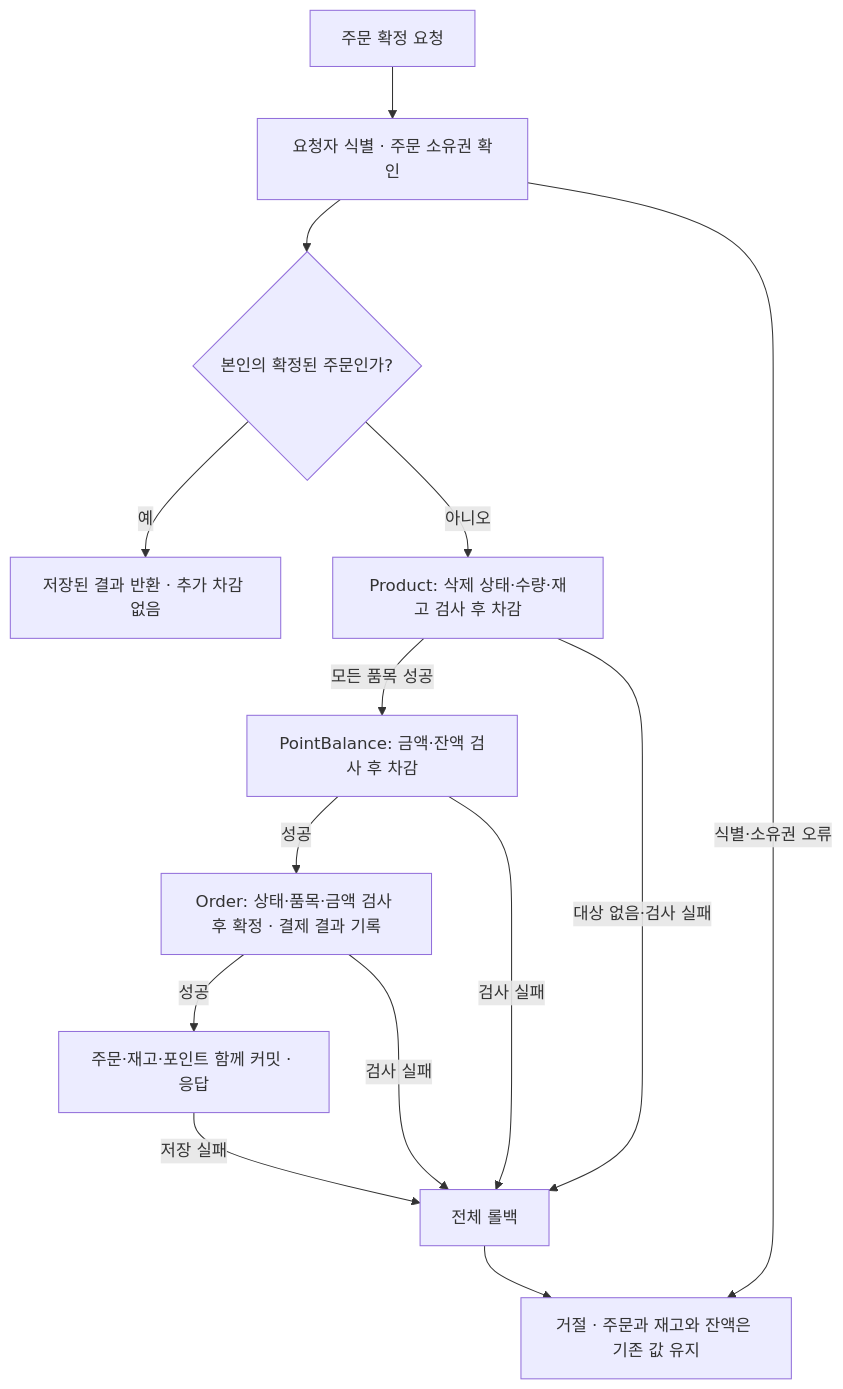
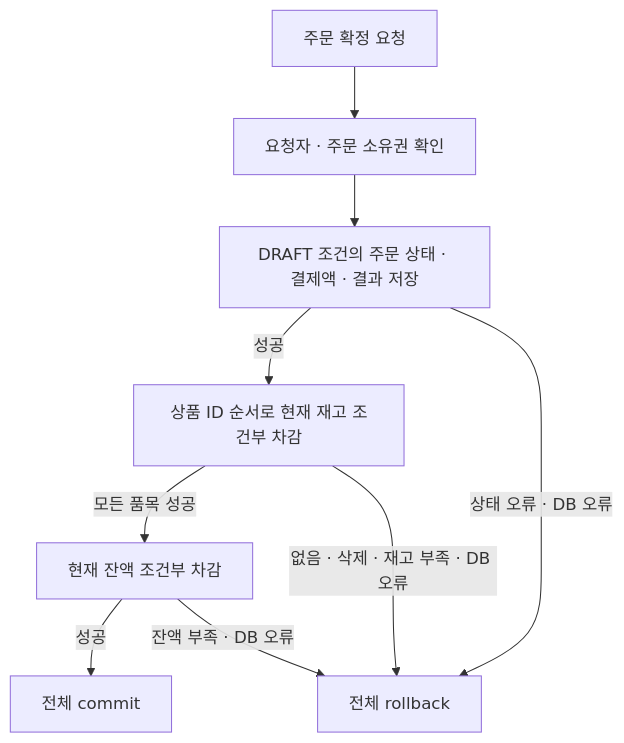
The fifth of 5 diagrams in docs/week2/design.md (kakjzi/loop-pack-be-l2-vol5-java), drawn with Mermaid before and after one commit. The commit also changed other lines of this file and 2 other files, not shown here.

````diff
--- a/docs/week2/design.md
+++ b/docs/week2/design.md
@@ -439,16 +443,11 @@
 ```mermaid
 flowchart TD
-    request["주문 확정 요청"] --> owner["요청자 식별 · 주문 소유권 확인"]
-    owner --> state{"본인의 확정된 주문인가?"}
-    state -->|예| saved["저장된 결과 반환 · 추가 차감 없음"]
-    state -->|아니오| product["Product: 삭제 상태·수량·재고 검사 후 차감"]
-    product -->|모든 품목 성공| point["PointBalance: 금액·잔액 검사 후 차감"]
-    point -->|성공| order["Order: 상태·품목·금액 검사 후 확정 · 결제 결과 기록"]
-    order -->|성공| persist["주문·재고·포인트 함께 커밋 · 응답"]
-    owner -->|식별·소유권 오류| reject["거절 · 주문과 재고와 잔액은 기존 값 유지"]
-    product -->|대상 없음·검사 실패| rollback["전체 롤백"]
-    point -->|검사 실패| rollback
-    order -->|검사 실패| rollback
-    persist -->|저장 실패| rollback
-    rollback --> reject
+    request["주문 확정 요청"] --> owner["요청자 · 주문 소유권 확인"]
+    owner --> state["DRAFT 조건의 주문 상태 · 결제액 · 결과 저장"]
+    state -->|성공| product["상품 ID 순서로 현재 재고 조건부 차감"]
+    product -->|모든 품목 성공| point["현재 잔액 조건부 차감"]
+    point -->|성공| commit["전체 commit"]
+    state -->|상태 오류 · DB 오류| rollback["전체 rollback"]
+    product -->|없음 · 삭제 · 재고 부족 · DB 오류| rollback
+    point -->|잔액 부족 · DB 오류| rollback
 ```
````
